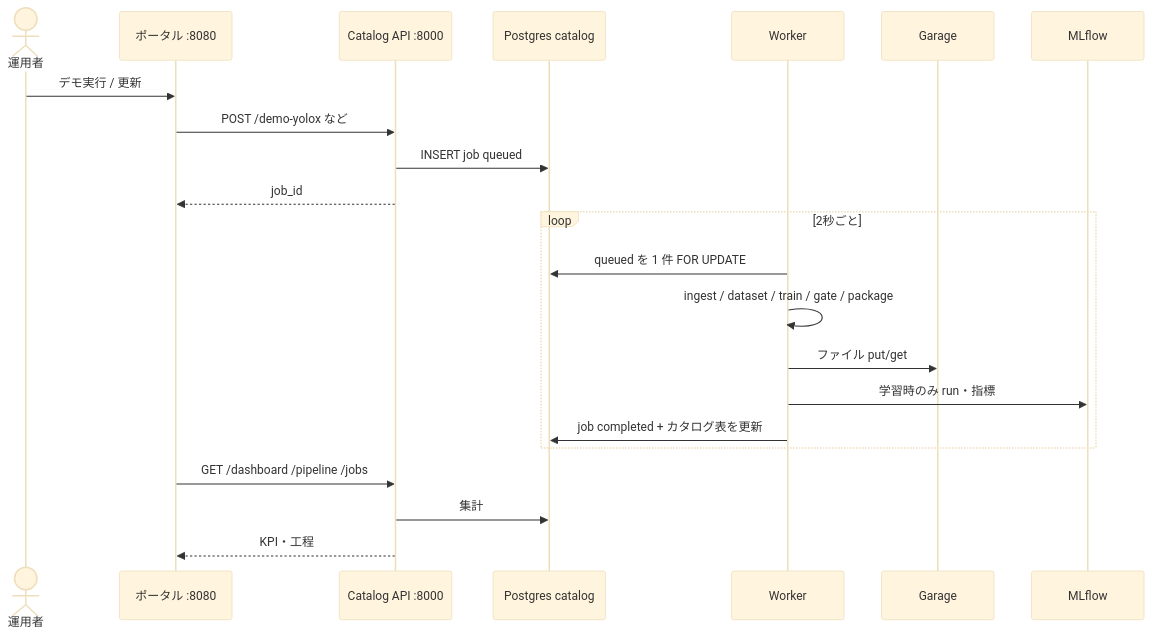
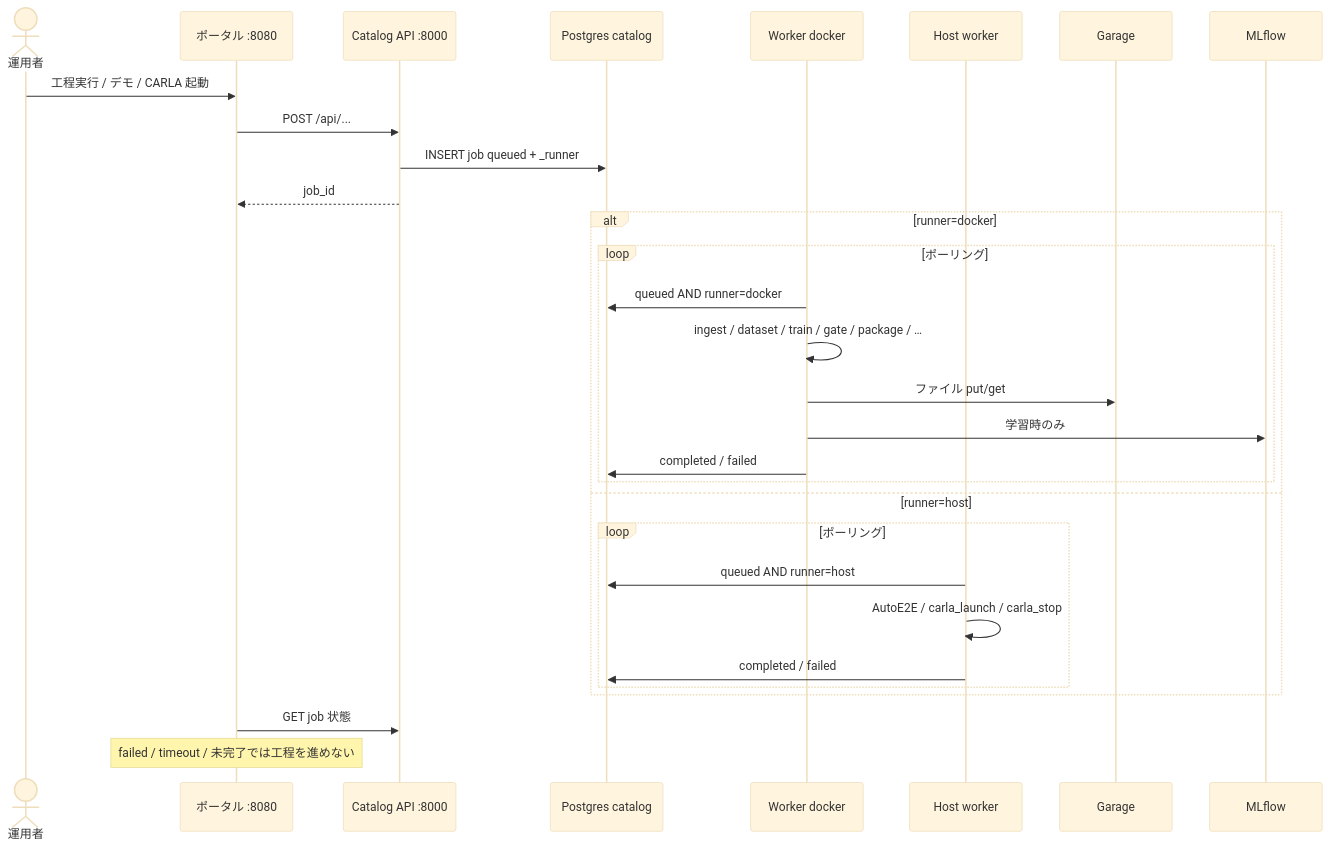
One commit to xeno1983/MLOPs_DEV changed the first of 4 diagrams in docs/design.md. Above: the diagram before and after it, drawn with Mermaid (base theme). The commit also changed other lines of this file and 27 other files, not shown here.

First line of the commit message:
Link AutoE2E training and fix portal CARLA host launch.

````diff
--- a/docs/design.md
+++ b/docs/design.md
@@ -94,25 +96,33 @@
 ```mermaid
 sequenceDiagram
   actor Op as 運用者
   participant P as ポータル :8080
   participant C as Catalog API :8000
   participant DB as Postgres catalog
-  participant W as Worker
+  participant W as Worker docker
+  participant H as Host worker
   participant S3 as Garage
   participant MF as MLflow
 
-  Op->>P: デモ実行 / 更新
-  P->>C: POST /demo-yolox など
-  C->>DB: INSERT job queued
+  Op->>P: 工程実行 / デモ / CARLA 起動
+  P->>C: POST /api/...
+  C->>DB: INSERT job queued + _runner
   C-->>P: job_id
-  loop 2秒ごと
-    W->>DB: queued を 1 件 FOR UPDATE
-    W->>W: ingest / dataset / train / gate / package
-    W->>S3: ファイル put/get
-    W->>MF: 学習時のみ run・指標
-    W->>DB: job completed + カタログ表を更新
+  alt runner=docker
+    loop ポーリング
+      W->>DB: queued AND runner=docker
+      W->>W: ingest / dataset / train / gate / package / …
+      W->>S3: ファイル put/get
+      W->>MF: 学習時のみ
+      W->>DB: completed / failed
+    end
+  else runner=host
+    loop ポーリング
+      H->>DB: queued AND runner=host
+      H->>H: AutoE2E / carla_launch / carla_stop
+      H->>DB: completed / failed
+    end
   end
-  P->>C: GET /dashboard /pipeline /jobs
-  C->>DB: 集計
-  C-->>P: KPI・工程
+  P->>C: GET job 状態
+  Note over P: failed / timeout / 未完了では工程を進めない
 ```
````
